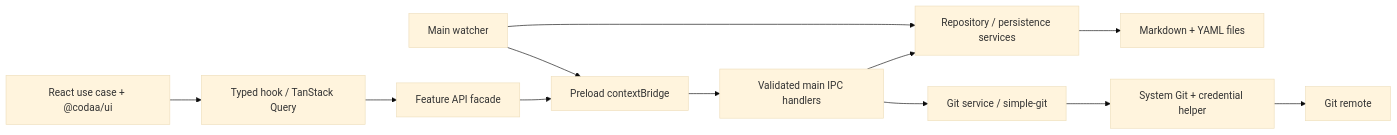
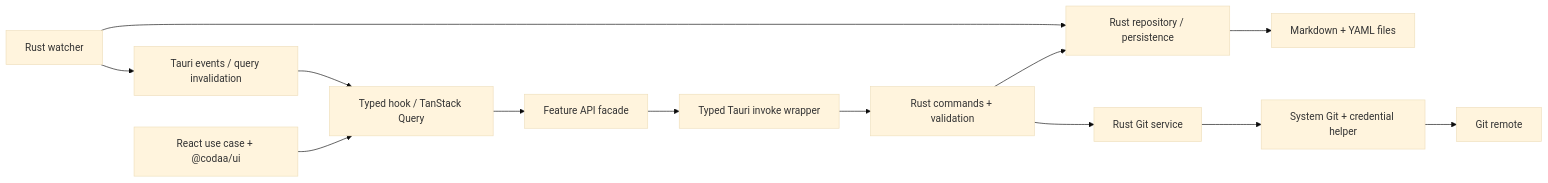
Before and after one commit to IlyaNavodkin/Navodkin.Test.Choko: the diagram in docs/ARCHITECTURE.md, drawn with Mermaid (base theme). The commit also changed other lines of this file and 17 other files, not shown here.

Commit message:
docs: select Tauri 2 and Rust for Testoritto desktop

````diff
--- a/docs/ARCHITECTURE.md
+++ b/docs/ARCHITECTURE.md
@@ -5,14 +5,15 @@
 ```mermaid
 flowchart LR
   U[React use case + @codaa/ui] --> H[Typed hook / TanStack Query]
   H --> A[Feature API facade]
-  A --> P[Preload contextBridge]
-  P --> I[Validated main IPC handlers]
-  I --> R[Repository / persistence services]
-  I --> G[Git service / simple-git]
+  A --> P[Typed Tauri invoke wrapper]
+  P --> I[Rust commands + validation]
+  I --> R[Rust repository / persistence]
+  I --> G[Rust Git service]
   R --> F[Markdown + YAML files]
   G --> C[System Git + credential helper]
   C --> Remote[Git remote]
-  W[Main watcher] --> R
-  W --> P
+  W[Rust watcher] --> R
+  W --> E[Tauri events / query invalidation]
+  E --> H
 ```
````
